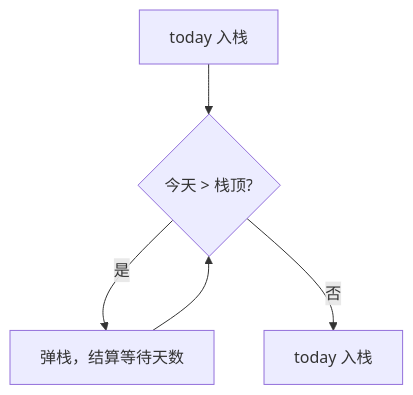
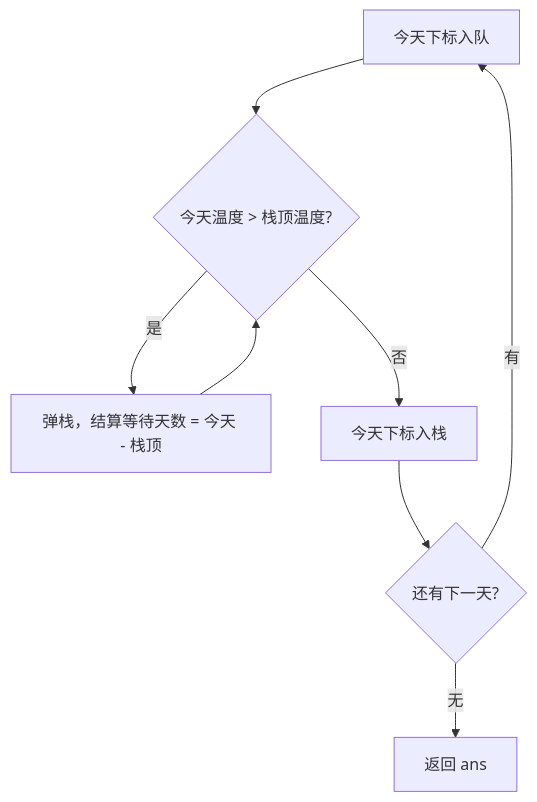
The first of 2 diagrams in 13-栈/0739-每日温度.md (OctalZero/hot100-py), drawn with Mermaid before and after one commit. The commit also changed other lines of this file and 117 other files, not shown here.

First line of the commit message:
feat: 全题解配图升级为「动画式 mermaid」（总览骨架 + 横向时间线逐步推演）

````diff
--- a/13-栈/0739-每日温度.md
+++ b/13-栈/0739-每日温度.md
@@ -5,7 +5,10 @@
 ```mermaid
 flowchart TD
-    A["today 入栈"] --> B{"今天 > 栈顶?"}
-    B -- "是" --> C["弹栈，结算等待天数"]
+    A["今天下标入队"] --> B{"今天温度 > 栈顶温度?"}
+    B -->|"是"| C["弹栈，结算等待天数 = 今天 - 栈顶"]
     C --> B
-    B -- "否" --> D["today 入栈"]
+    B -->|"否"| D["今天下标入栈"]
+    D --> E{"还有下一天?"}
+    E -->|"有"| A
+    E -->|"无"| F["返回 ans"]
 ```
````
